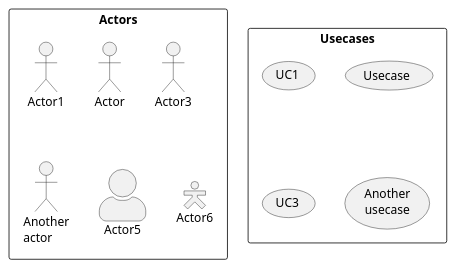
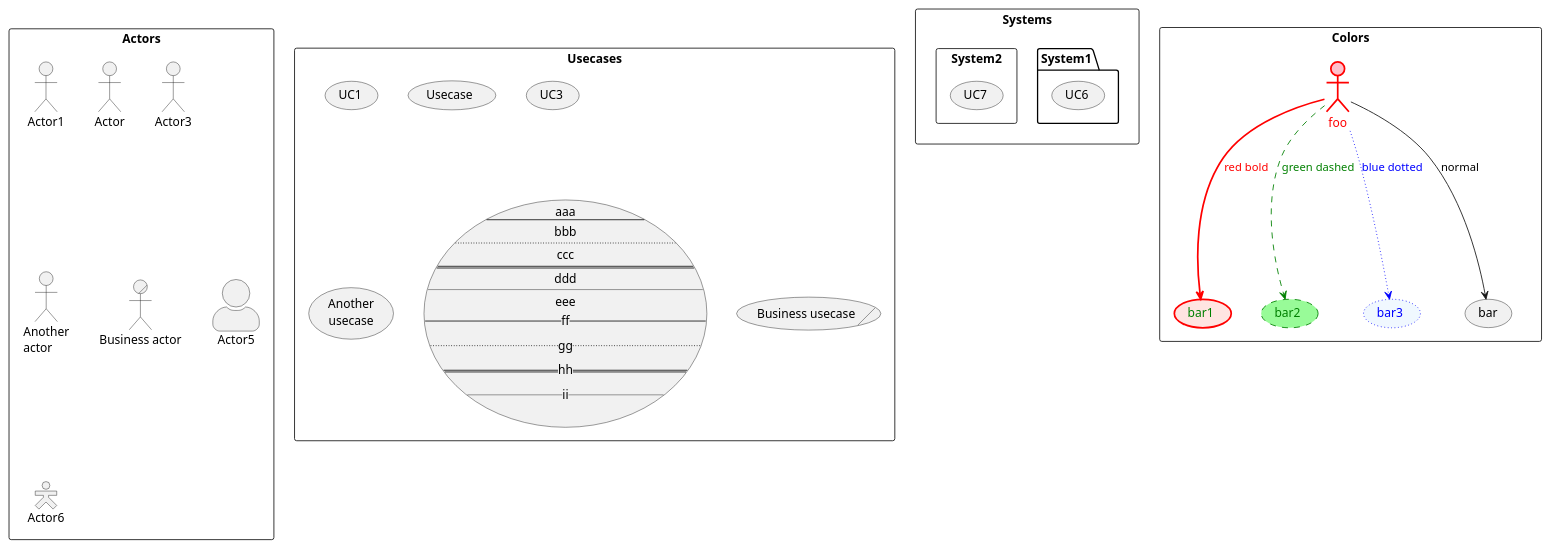
Before and after one commit to yzkn/PlantUML-CheatSheet: the first of 2 diagrams in src/12-000-ユースケース図.md, drawn with PlantUML. The commit also changed other lines of this file, not shown here.

````diff
--- a/src/12-000-ユースケース図.md
+++ b/src/12-000-ユースケース図.md
@@ -3,30 +3,80 @@
 ```plantuml
 
 @startuml
 
 rectangle Actors {
     ' 棒人間
     :Actor1:
     :Actor: as Actor2
     actor Actor3
     actor :Another\nactor: as Actor4
+
+    actor :Business actor:/ as BAct
 
     ' Awesome man
     skinparam actorStyle awesome
     :Actor5:
 
     ' Hollow man
     skinparam actorStyle hollow
     :Actor6:
 }
 
 rectangle Usecases {
     (UC1)
     (Usecase) as (UC2)
     usecase UC3
     usecase (Another\nusecase) as UC4
+
+    usecase UC5 as "
+    aaa
+    --
+    bbb
+    ..
+    ccc
+    ==
+    ddd
+    ___
+    eee
+    -- ff --
+    .. gg ..
+    == hh ==
+    __ ii __
+    "
+
+    usecase (Business usecase)/ as BUC
+}
+' -- (ダッシュ)
+' .. (ピリオド)
+' == (イコール)
+' __ (アンダースコア)
+' これらのペアで囲んで、その間に
+
+rectangle Systems {
+    package System1 {
+        (UC6)
+    }
+
+    skinparam packageStyle rect
+    package System2 {
+        (UC7)
+    }
+}
+
+rectangle Colors {
+    skinparam actorStyle none
+
+    actor foo #pink;line:red;line.bold;text:red
+    usecase bar1 #mistyrose;line:red;line.bold;text:green
+    usecase bar2 #palegreen;line:green;line.dashed;text:green
+    usecase bar3 #aliceblue;line:blue;line.dotted;text:blue
+
+    foo --> (bar) : normal
+    foo --> (bar1) #line:red;line.bold;text:red  : red bold
+    foo --> (bar2) #green;line.dashed;text:green : green dashed
+    foo --> (bar3) #blue;line.dotted;text:blue   : blue dotted
 }
 
 @enduml
 
 ```
````
